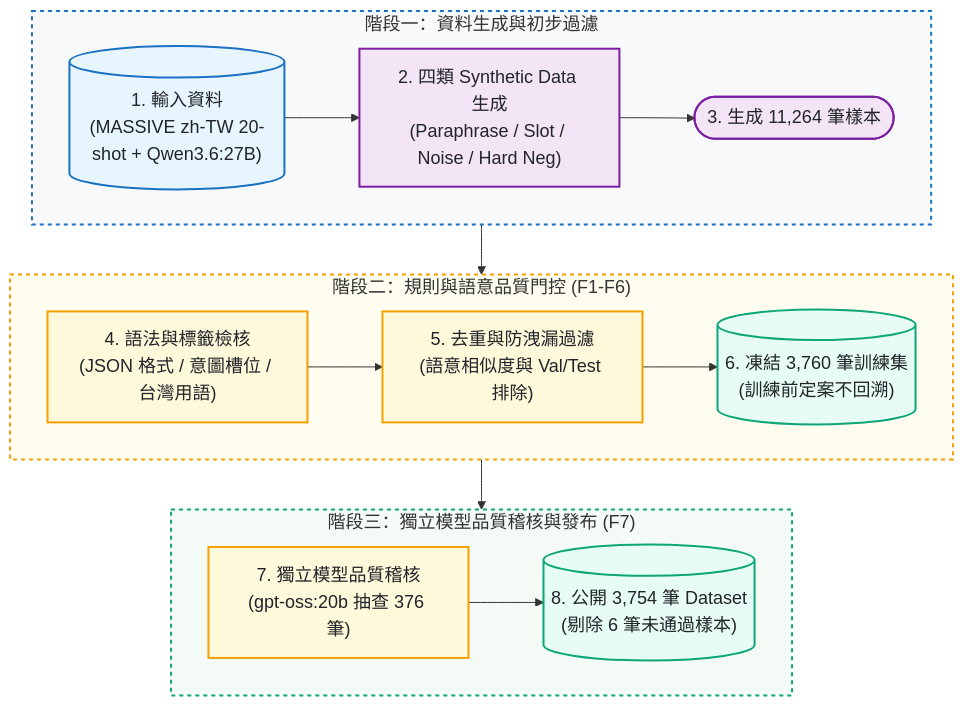
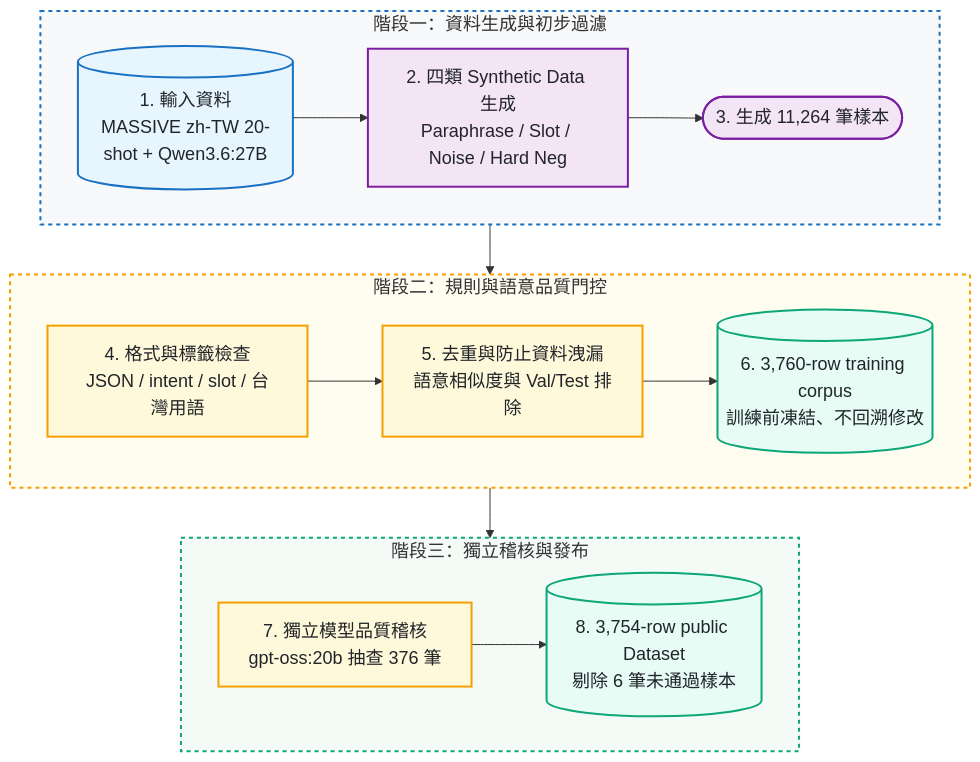
The first of 2 diagrams in README.md (kuotunyu/FormosaNLU-Synth), drawn with Mermaid before and after one commit. The commit also changed other lines of this file, not shown here.

````diff
--- a/README.md
+++ b/README.md
@@ -83,34 +83,34 @@
 ```mermaid
 %%{init: {'themeVariables': {'fontSize': '18px'}}}%%
-flowchart TD
+flowchart TB
     subgraph Stage1 ["階段一：資料生成與初步過濾"]
         direction LR
-        Inputs[("1. 輸入資料<br/>(MASSIVE zh-TW 20-shot + Qwen3.6:27B)")] --> Recipes["2. 四類 Synthetic Data 生成<br/>(Paraphrase / Slot / Noise / Hard Neg)"] --> Generated(["3. 生成 11,264 筆樣本"])
+        Inputs[("1. 輸入資料<br/>MASSIVE zh-TW 20-shot + Qwen3.6:27B")] --> Recipes["2. 四類 Synthetic Data 生成<br/>Paraphrase / Slot / Noise / Hard Neg"] --> Generated(["3. 生成 11,264 筆樣本"])
     end
 
-    subgraph Stage2 ["階段二：規則與語意品質門控 (F1-F6)"]
+    subgraph Stage2 ["階段二：規則與語意品質門控"]
         direction LR
-        Checks["4. 語法與標籤檢核<br/>(JSON 格式 / 意圖槽位 / 台灣用語)"] --> Safety["5. 去重與防洩漏過濾<br/>(語意相似度與 Val/Test 排除)"] --> Primary[("6. 凍結 3,760 筆訓練集<br/>(訓練前定案不回溯)")]
+        Checks["4. 格式與標籤檢查<br/>JSON / intent / slot / 台灣用語"] --> Safety["5. 去重與防止資料洩漏<br/>語意相似度與 Val/Test 排除"] --> Primary[("6. 3,760-row training corpus<br/>訓練前凍結、不回溯修改")]
     end
 
-    subgraph Stage3 ["階段三：獨立模型品質稽核與發布 (F7)"]
+    subgraph Stage3 ["階段三：獨立稽核與發布"]
         direction LR
-        Judge["7. 獨立模型品質稽核<br/>(gpt-oss:20b 抽查 376 筆)"] --> Public[("8. 公開 3,754 筆 Dataset<br/>(剔除 6 筆未通過樣本)")]
+        Judge["7. 獨立模型品質稽核<br/>gpt-oss:20b 抽查 376 筆"] --> Public[("8. 3,754-row public Dataset<br/>剔除 6 筆未通過樣本")]
     end
 
     Stage1 --> Stage2 --> Stage3
 
     classDef srcStyle fill:#e7f5ff,stroke:#1971c2,stroke-width:2px,color:#212529
     classDef procStyle fill:#f3e5f5,stroke:#7b1fa2,stroke-width:2px,color:#212529
     classDef gateStyle fill:#fff9db,stroke:#f59f00,stroke-width:2px,color:#212529
     classDef pubStyle fill:#e6fcf5,stroke:#0ca678,stroke-width:2px,color:#212529
 
     class Inputs srcStyle
     class Recipes,Generated procStyle
     class Checks,Safety,Judge gateStyle
     class Primary,Public pubStyle
 
     style Stage1 fill:#f8f9fa,stroke:#1971c2,stroke-width:2px,stroke-dasharray: 4 4
     style Stage2 fill:#fffcf0,stroke:#f59f00,stroke-width:2px,stroke-dasharray: 4 4
     style Stage3 fill:#f4fbf7,stroke:#0ca678,stroke-width:2px,stroke-dasharray: 4 4
 ```
````
